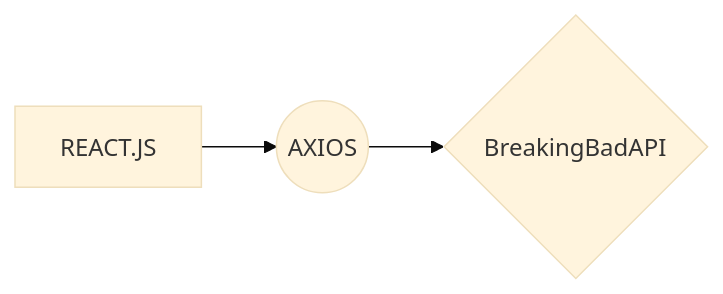
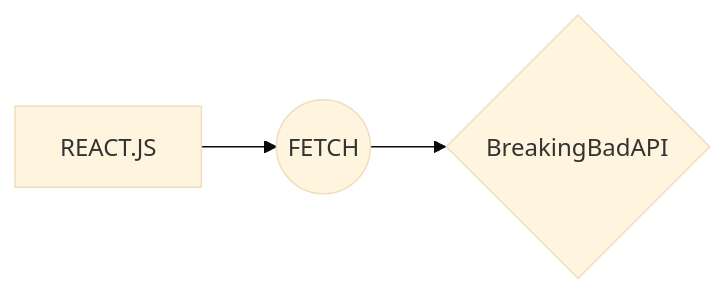
The diagram in README.md (devrogerzen/BreakingBad_BetterCallSaul-Quotes), drawn with Mermaid (base theme) before and after one commit.

Commit message:
link netlify load 2

````diff
--- a/README.md
+++ b/README.md
@@ -9,12 +9,12 @@
 ```mermaid
 
 graph LR
 
-A[REACT.JS] --> B((AXIOS))
+A[REACT.JS] --> B((FETCH))
 
 B --> D{BreakingBadAPI}
 
 
 
 
 ```
````
